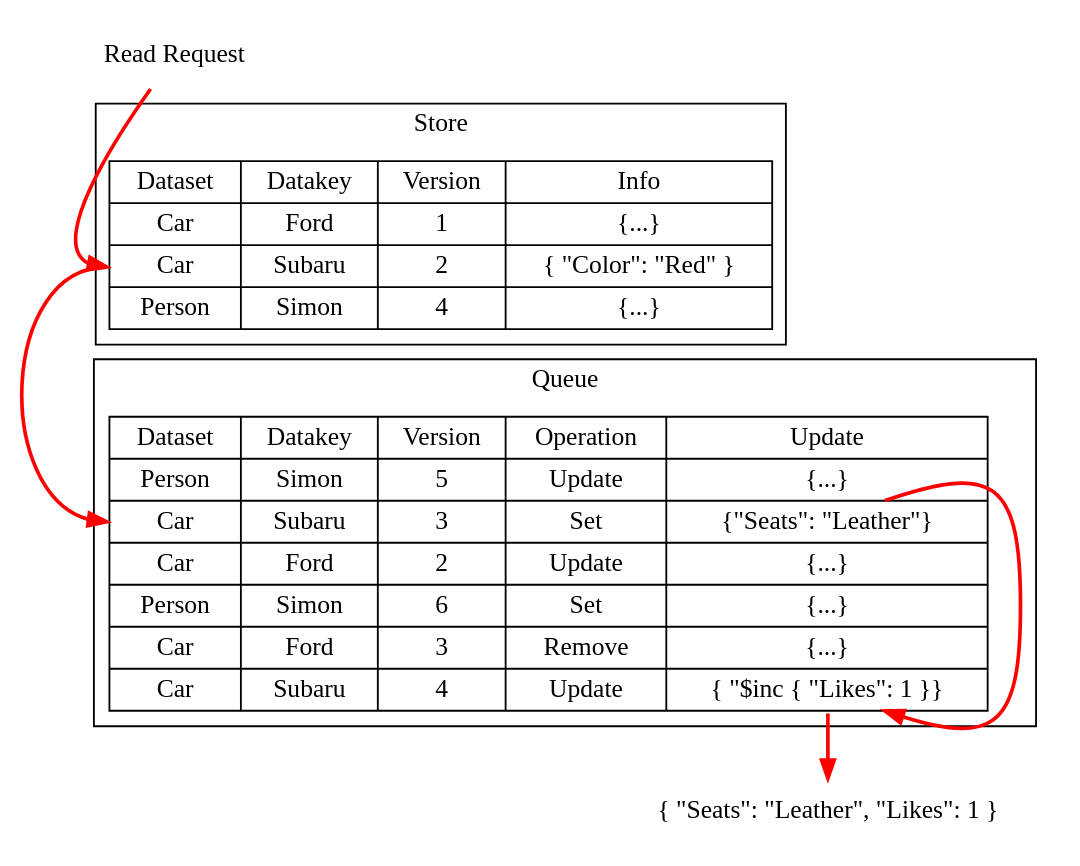
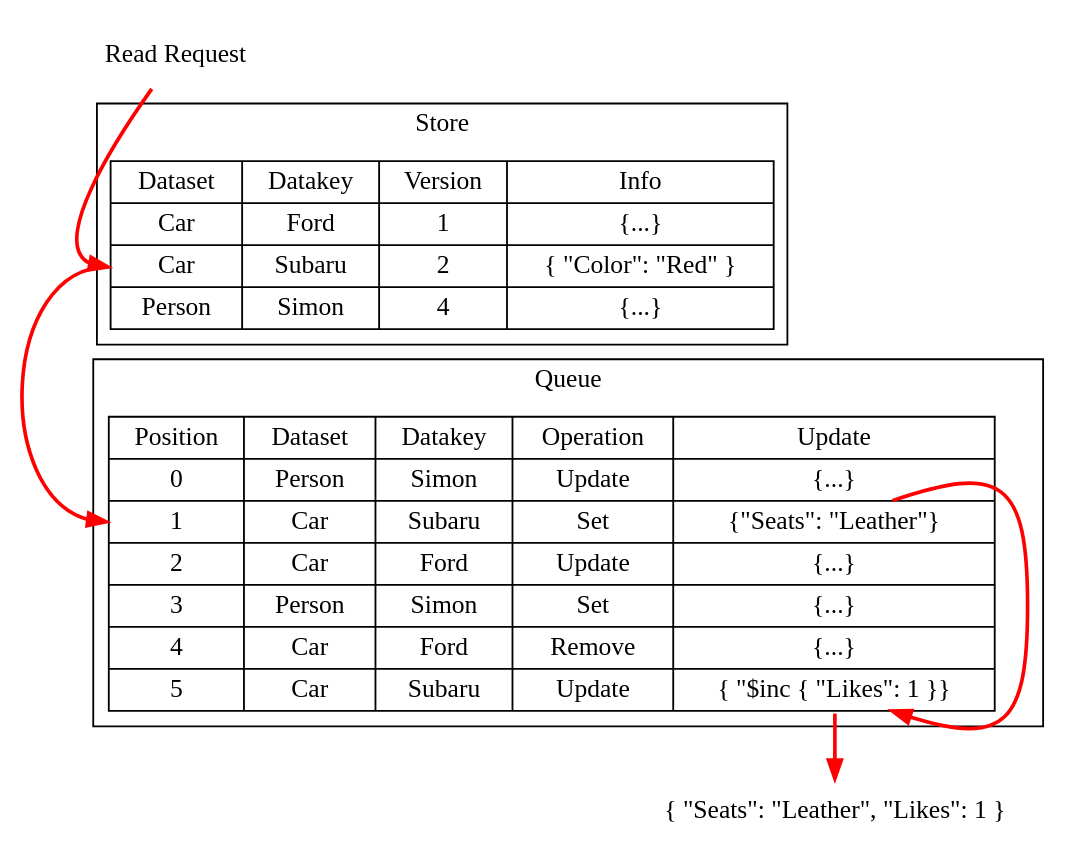
One commit to forbesmyester/SyncIt changed the diagram in README.read-request.dot. Above: the diagram before and after it, drawn with Graphviz. The commit also changed 45 other files, not shown here.

```diff
--- a/README.read-request.dot
+++ b/README.read-request.dot
@@ -1,18 +1,18 @@
 digraph structs {
 	node [shape=record];
 	structread [shape=record,color=white,label="Read Request"];
 	subgraph clusterstore {
 		label = "Store";
 		structstore [shape=record,label="{ Dataset | Car | <f0> Car | Person }|{ Datakey | Ford | Subaru | Simon }|{ Version | 1 | 2 | 4 }|{ Info | \{...\} | \{ \"Color\": \"Red\" \} | \{...\} }"];
 	}
 	subgraph clusterqueue {
 		label = "Queue";
-		structqueue [shape=record,label="{ Dataset | Person | <f1> Car | Car | Person | Car | <f2> Car }|{ Datakey | Simon | Subaru | Ford | Simon | Ford | Subaru }|{ Version | 5 | 3 | 2 | 6 | 3 | 4 }|{ Operation | Update | Set | Update | Set | Remove | Update }|{ Update | \{...\} | <f3> \{\"Seats\": \"Leather\"\} | \{...\} | \{...\} | \{...\} | <f4> \{ \"$inc \{ \"Likes\": 1 \}\} }"];
+		structqueue [shape=record,label="{ Position | 0 | <f1> 1 | 2 | 3 | 4 | 5 } | { Dataset | Person | Car | Car | Person | Car | <f2> Car }|{ Datakey | Simon | Subaru | Ford | Simon | Ford | Subaru }|{ Operation | Update | Set | Update | Set | Remove | Update }|{ Update | \{...\} | <f3> \{\"Seats\": \"Leather\"\} | \{...\} | \{...\} | \{...\} | <f4> \{ \"$inc \{ \"Likes\": 1 \}\} }"];
 	}
 	structresult [shape=record,color=white,label="\{ \"Seats\": \"Leather\", \"Likes\": 1 \}"];
 
 	structread -> structstore:f0 [color="red",style="bold"];
 	structstore:f0 -> structqueue:f1 [color="red",style="bold"];
 	structqueue:f3 -> structqueue:f4 [color="red",style="bold"];
 	structqueue:f4 -> structresult [color="red",style="bold"];
 }
```
